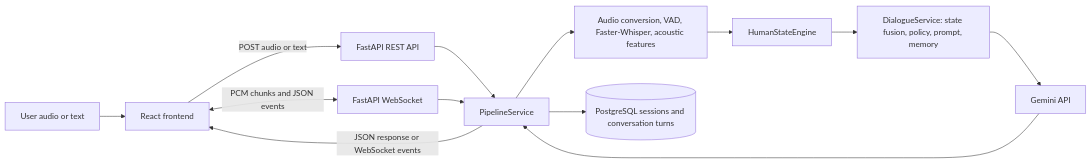
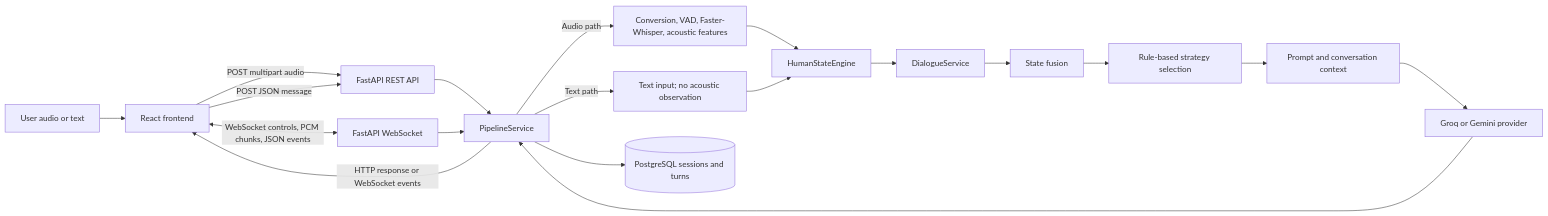
The diagram in README.md (SanjanaChoudhury1508/HSIF), drawn with Mermaid before and after one commit. The commit also changed other lines of this file and 147 other files, not shown here.

````diff
--- a/README.md
+++ b/README.md
@@ -26,15 +43,22 @@
 ```mermaid
 flowchart LR
-    U[User audio or text] --> F[React frontend]
-    F -->|POST audio or text| API[FastAPI REST API]
-    F <-->|PCM chunks and JSON events| WS[FastAPI WebSocket]
+    U[User audio or text] --> FE[React frontend]
+    FE -->|POST multipart audio| API[FastAPI REST API]
+    FE -->|POST JSON message| API
+    FE <-->|WebSocket controls, PCM chunks, JSON events| WS[FastAPI WebSocket]
+
     API --> P[PipelineService]
     WS --> P
-    P --> S[Audio conversion, VAD, Faster-Whisper, acoustic features]
-    S --> H[HumanStateEngine]
-    H --> D[DialogueService: state fusion, policy, prompt, memory]
-    D --> G[Gemini API]
-    G --> P
-    P --> DB[(PostgreSQL sessions and conversation turns)]
-    P -->|JSON response or WebSocket events| F
+    P -->|Audio path| SP[Conversion, VAD, Faster-Whisper, acoustic features]
+    P -->|Text path| TXT[Text input; no acoustic observation]
+    SP --> H[HumanStateEngine]
+    TXT --> H
+    H --> DS[DialogueService]
+    DS --> F[State fusion]
+    F --> POL[Rule-based strategy selection]
+    POL --> PROMPT[Prompt and conversation context]
+    PROMPT --> LLM[Groq or Gemini provider]
+    LLM --> P
+    P --> DB[(PostgreSQL sessions and turns)]
+    P -->|HTTP response or WebSocket events| FE
 ```
````
